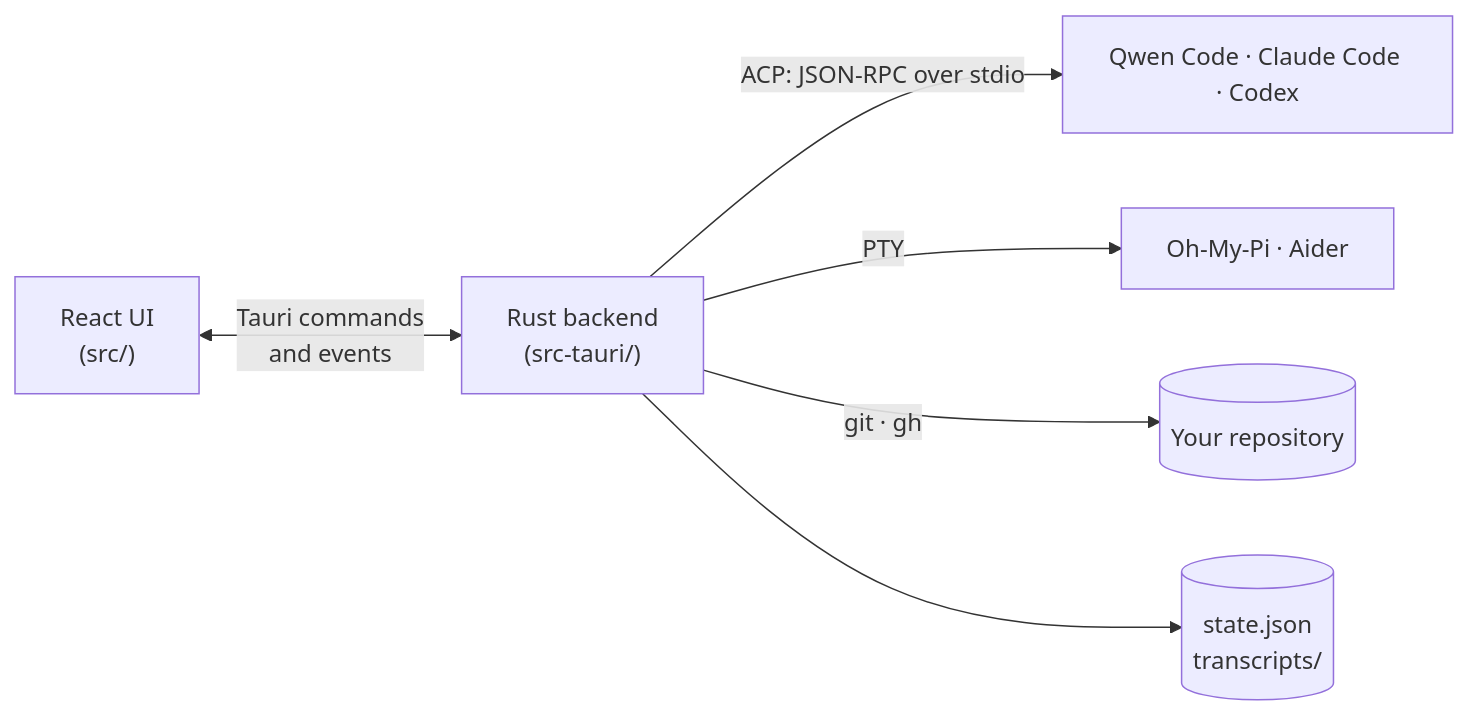
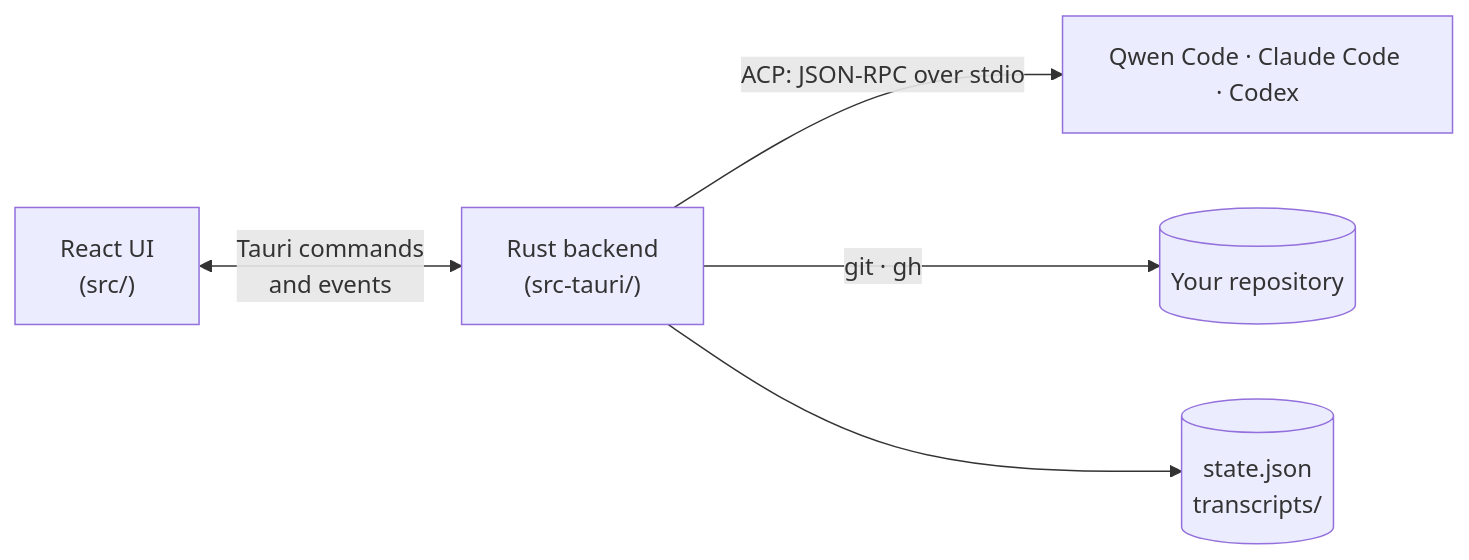
One commit to zakyirsyaad/agent-desktop changed the diagram in README.md. Above: the diagram before and after it, drawn with Mermaid. The commit also changed other lines of this file and 29 other files, not shown here.

````diff
--- a/README.md
+++ b/README.md
@@ -205,8 +204,7 @@
 ```mermaid
 flowchart LR
   UI["React UI<br/>(src/)"] <-- "Tauri commands<br/>and events" --> Core["Rust backend<br/>(src-tauri/)"]
   Core -- "ACP: JSON-RPC over stdio" --> ACP["Qwen Code · Claude Code · Codex"]
-  Core -- "PTY" --> TUI["Oh-My-Pi · Aider"]
   Core -- "git · gh" --> Repo[("Your repository")]
   Core --> Store[("state.json<br/>transcripts/")]
 ```
````
